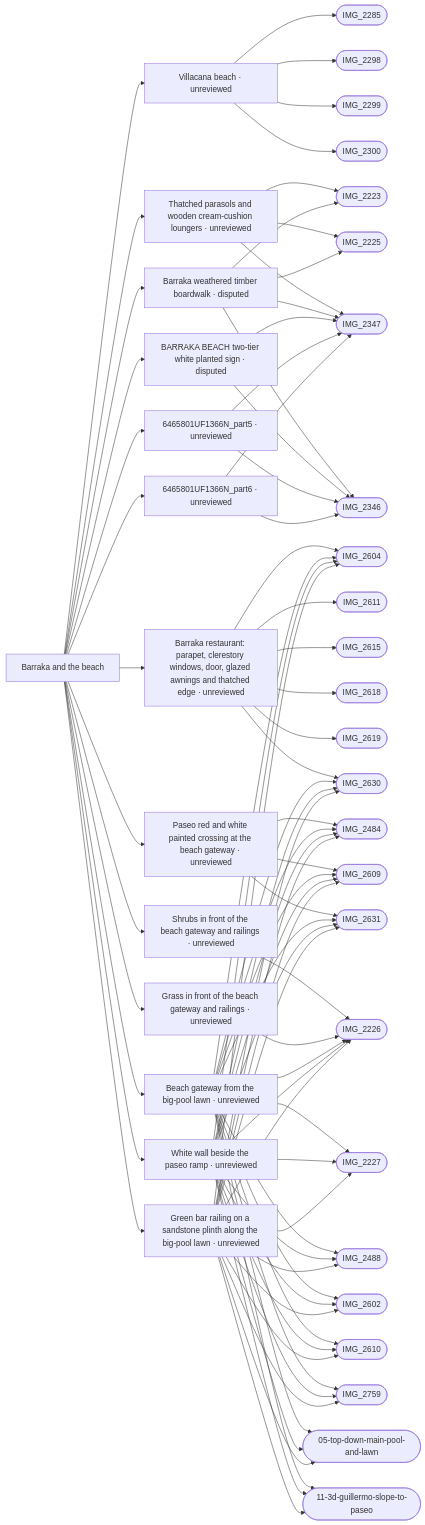
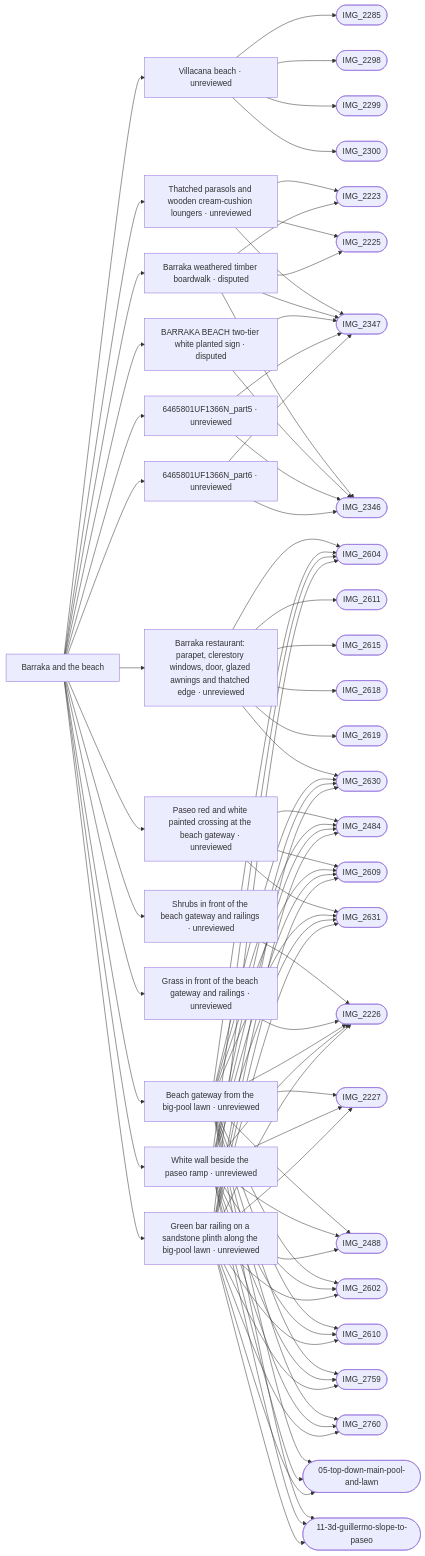
Before and after one commit to daveyboyc/villacana-venture: the diagram in refs/areas/barraka-beach.md, drawn with Mermaid. The commit also changed 18 other files, not shown here.

````diff
--- a/refs/areas/barraka-beach.md
+++ b/refs/areas/barraka-beach.md
@@ -105,6 +105,7 @@
   F10 --> PIMG_2630_jpg(["IMG_2630"])
   F10 --> PIMG_2631_jpg(["IMG_2631"])
   F10 --> PIMG_2759_jpg(["IMG_2759"])
+  F10 --> PIMG_2760_jpg(["IMG_2760"])
   F10 --> Pref_apple_maps_05_top_down_main_pool_and_lawn_png(["05-top-down-main-pool-and-lawn"])
   F10 --> Pref_apple_maps_11_3d_guillermo_slope_to_paseo_png(["11-3d-guillermo-slope-to-paseo"])
   A --> F11["White wall beside the paseo ramp · unreviewed"]
@@ -119,6 +120,7 @@
   F11 --> PIMG_2630_jpg(["IMG_2630"])
   F11 --> PIMG_2631_jpg(["IMG_2631"])
   F11 --> PIMG_2759_jpg(["IMG_2759"])
+  F11 --> PIMG_2760_jpg(["IMG_2760"])
   F11 --> Pref_apple_maps_05_top_down_main_pool_and_lawn_png(["05-top-down-main-pool-and-lawn"])
   F11 --> Pref_apple_maps_11_3d_guillermo_slope_to_paseo_png(["11-3d-guillermo-slope-to-paseo"])
   A --> F12["Green bar railing on a sandstone plinth along the big-pool lawn · unreviewed"]
@@ -133,6 +135,7 @@
   F12 --> PIMG_2630_jpg(["IMG_2630"])
   F12 --> PIMG_2631_jpg(["IMG_2631"])
   F12 --> PIMG_2759_jpg(["IMG_2759"])
+  F12 --> PIMG_2760_jpg(["IMG_2760"])
   F12 --> Pref_apple_maps_05_top_down_main_pool_and_lawn_png(["05-top-down-main-pool-and-lawn"])
   F12 --> Pref_apple_maps_11_3d_guillermo_slope_to_paseo_png(["11-3d-guillermo-slope-to-paseo"])
 ```
````
